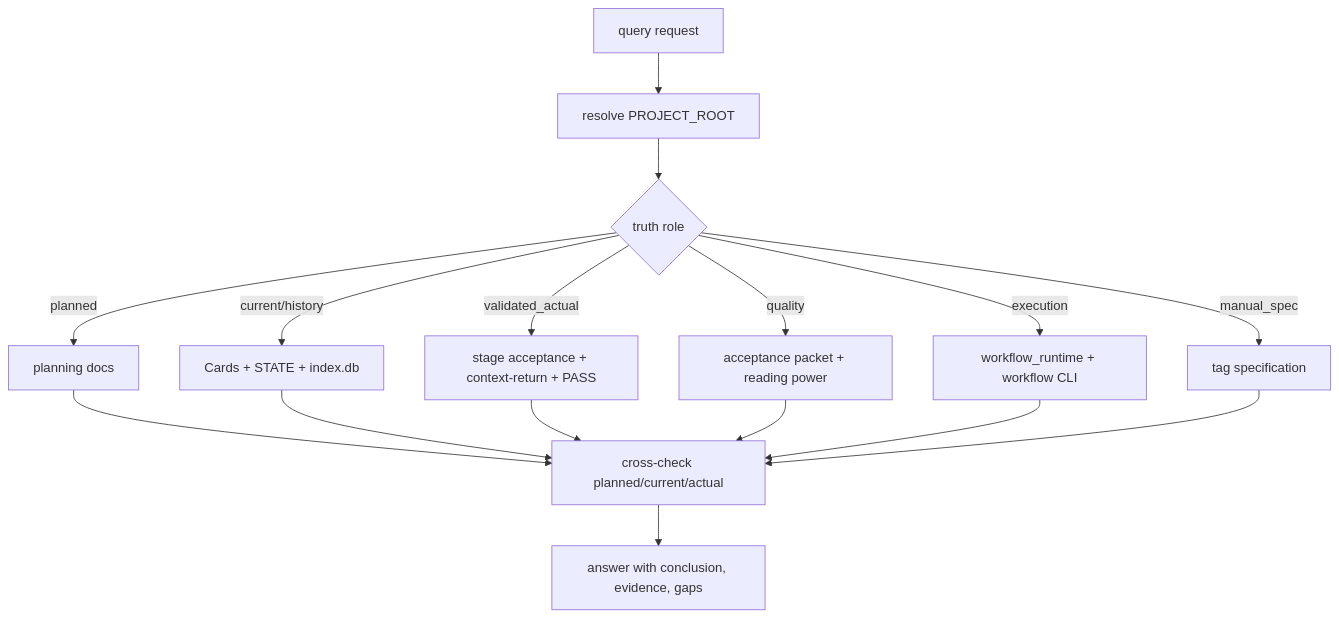
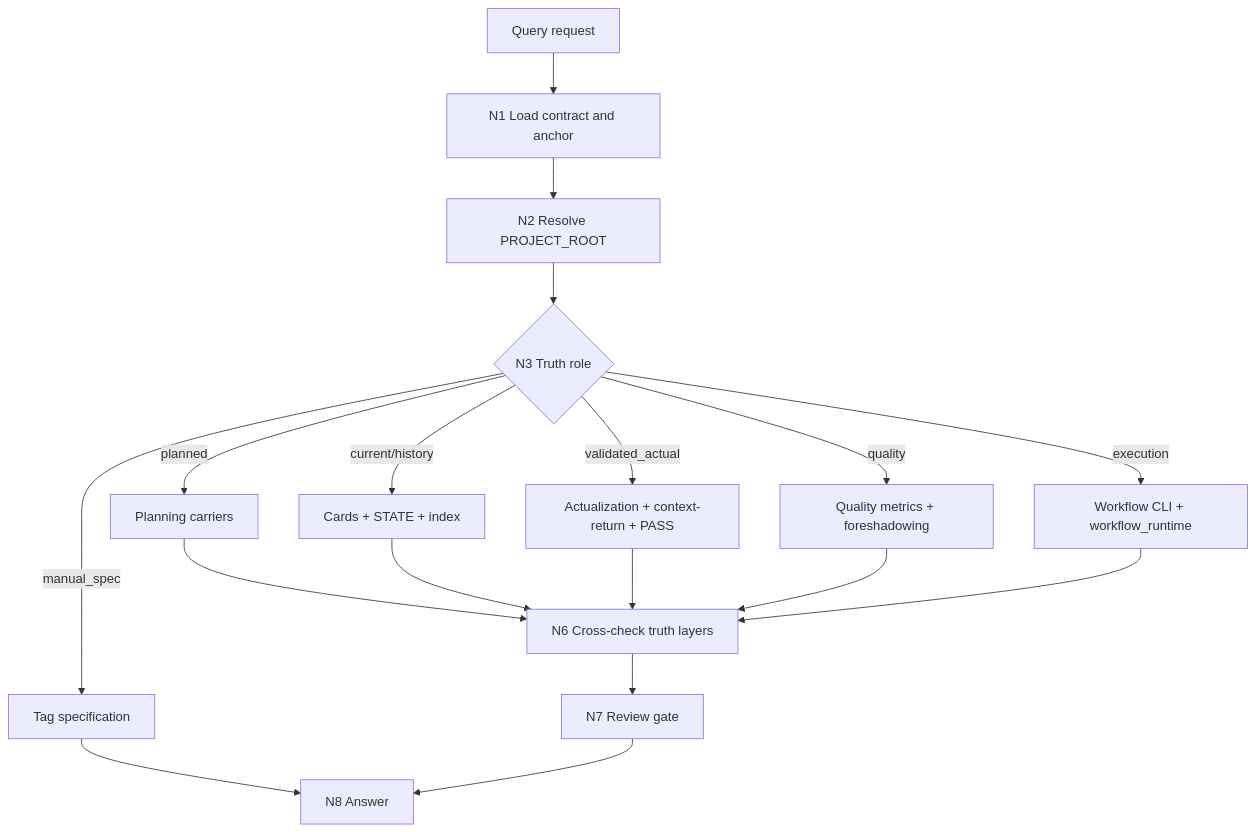
The first of 2 diagrams in .agents/skills/story/query/SKILL.md (ZEN-VOID/AI-CUT), drawn with Mermaid before and after one commit. The commit also changed other lines of this file and 439 other files, not shown here.

````diff
--- a/.agents/skills/story/query/SKILL.md
+++ b/.agents/skills/story/query/SKILL.md
@@ -98,18 +231,20 @@
 ```mermaid
 flowchart TD
-    A["query request"] --> B["resolve PROJECT_ROOT"]
-    B --> C{"truth role"}
-    C -->|"planned"| D["planning docs"]
-    C -->|"current/history"| E["Cards + STATE + index.db"]
-    C -->|"validated_actual"| F["stage acceptance + context-return + PASS"]
-    C -->|"quality"| G["acceptance packet + reading power"]
-    C -->|"execution"| H["workflow_runtime + workflow CLI"]
-    C -->|"manual_spec"| I["tag specification"]
-    D --> J["cross-check planned/current/actual"]
-    E --> J
-    F --> J
-    G --> J
-    H --> J
-    I --> J
-    J --> K["answer with conclusion, evidence, gaps"]
+    A["Query request"] --> B["N1 Load contract and anchor"]
+    B --> C["N2 Resolve PROJECT_ROOT"]
+    C --> D{"N3 Truth role"}
+    D -->|"planned"| E["Planning carriers"]
+    D -->|"current/history"| F["Cards + STATE + index"]
+    D -->|"validated_actual"| G["Actualization + context-return + PASS"]
+    D -->|"quality"| H["Quality metrics + foreshadowing"]
+    D -->|"execution"| I["Workflow CLI + workflow_runtime"]
+    D -->|"manual_spec"| J["Tag specification"]
+    E --> K["N6 Cross-check truth layers"]
+    F --> K
+    G --> K
+    H --> K
+    I --> K
+    J --> L["N8 Answer"]
+    K --> M["N7 Review gate"]
+    M --> L
 ```
````
